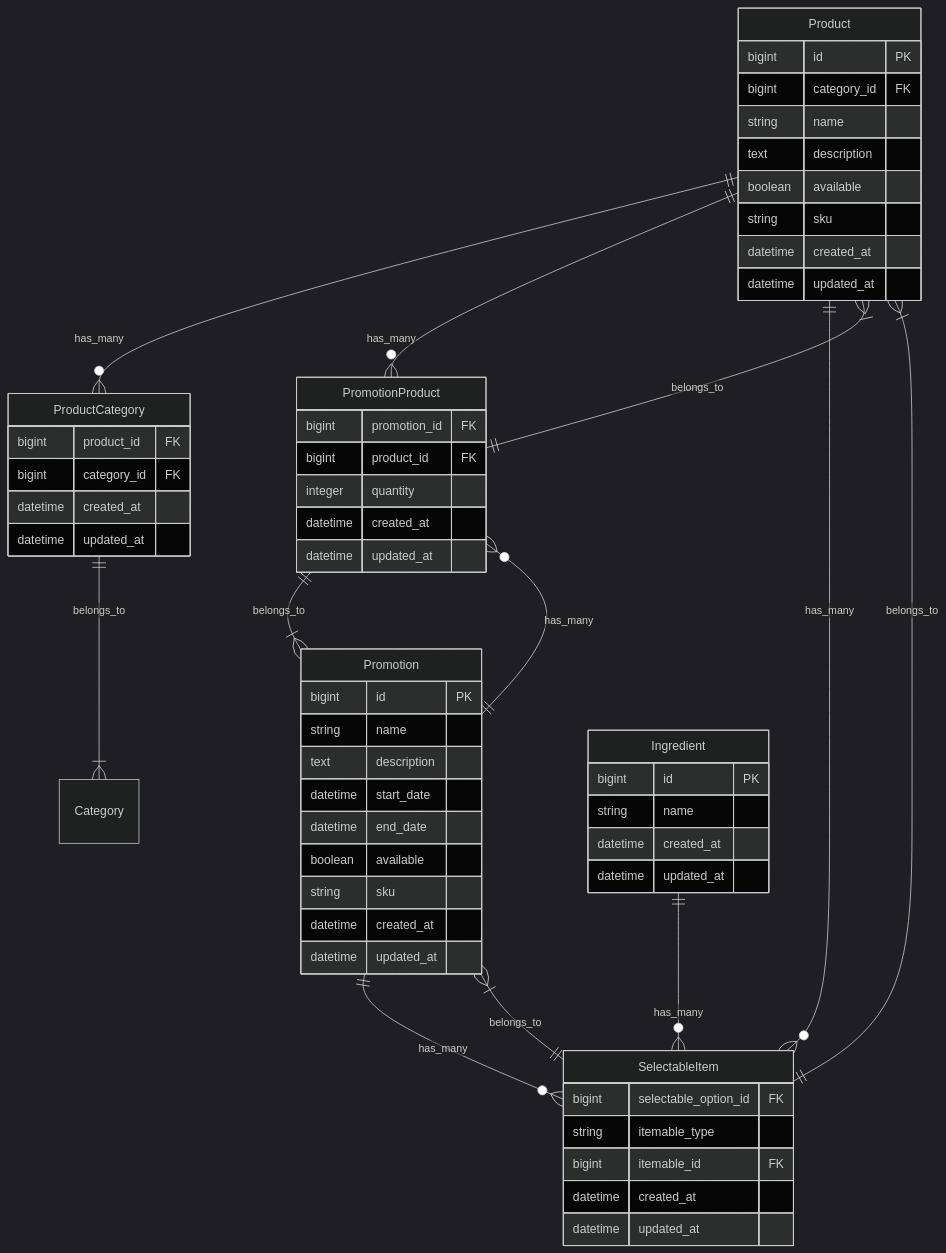
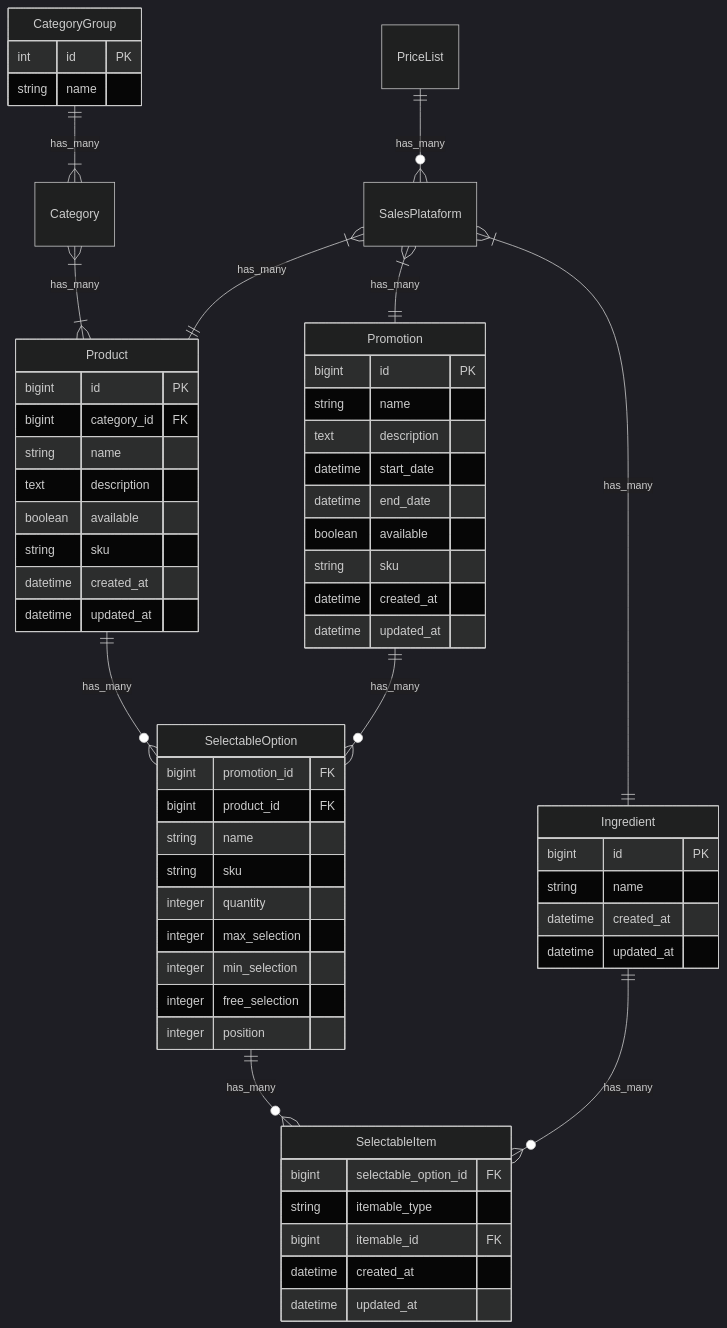
One commit to javix70/personal_obsidian changed the diagram in 0004_app/Tienda/Diseño de bases de dato.md. Above: the diagram before and after it, drawn with Mermaid (dark theme). The commit also changed other lines of this file and 3 other files, not shown here.

````diff
--- a/0004_app/Tienda/Diseño de bases de dato.md
+++ b/0004_app/Tienda/Diseño de bases de dato.md
@@ -1,61 +4,68 @@
 ```mermaid
 erDiagram
-    Product ||--o{ ProductCategory : "has_many"
-    Product ||--o{ PromotionProduct : "has_many"
-    Product ||--o{ SelectableItem : "has_many"
+    PriceList ||--o{ SalesPlataform : "has_many"
+    SalesPlataform }|--|| Product : "has_many"
+    SalesPlataform }|--|| Promotion : "has_many"
+    SalesPlataform }|--|| Ingredient : "has_many"
+    Product ||--o{ SelectableOption : "has_many"
+    Promotion ||--o{ SelectableOption : "has_many"
+    SelectableOption ||--o{ SelectableItem : "has_many"
+    Ingredient ||--o{ SelectableItem : "has_many"
+    CategoryGroup ||--|{ Category : "has_many"
+    Category }|--|{ Product : "has_many"
+
     Product {
         bigint id PK
         bigint category_id FK
         string name
         text description
         boolean available
         string sku
         datetime created_at
         datetime updated_at
     }
-    ProductCategory ||--|{ Category : "belongs_to"
-    ProductCategory {
-        bigint product_id FK
-        bigint category_id FK
-        datetime created_at
-        datetime updated_at
-    }
-    Promotion ||--o{ PromotionProduct : "has_many"
-    Promotion ||--o{ SelectableItem : "has_many"
+
     Promotion {
         bigint id PK
         string name
         text description
         datetime start_date
         datetime end_date
         boolean available
         string sku
         datetime created_at
         datetime updated_at
     }
-    PromotionProduct ||--|{ Product : "belongs_to"
-    PromotionProduct ||--|{ Promotion : "belongs_to"
-    PromotionProduct {
-        bigint promotion_id FK
-        bigint product_id FK
-        integer quantity
-        datetime created_at
-        datetime updated_at
-    }
-    SelectableItem ||--|{ Product : "belongs_to"
-    SelectableItem ||--|{ Promotion : "belongs_to"
+
     SelectableItem {
         bigint selectable_option_id FK
         string itemable_type
         bigint itemable_id FK
         datetime created_at
         datetime updated_at
     }
-    Ingredient ||--o{ SelectableItem : "has_many"
+
     Ingredient {
         bigint id PK
         string name
         datetime created_at
         datetime updated_at
     }
+
+    CategoryGroup {
+        int id PK
+        string name
+    }
+
+    SelectableOption {
+        bigint promotion_id FK
+        bigint product_id FK
+        string name
+        string sku
+        integer quantity
+        integer max_selection
+        integer min_selection
+        integer free_selection
+        integer position
+    }
 ```
````
